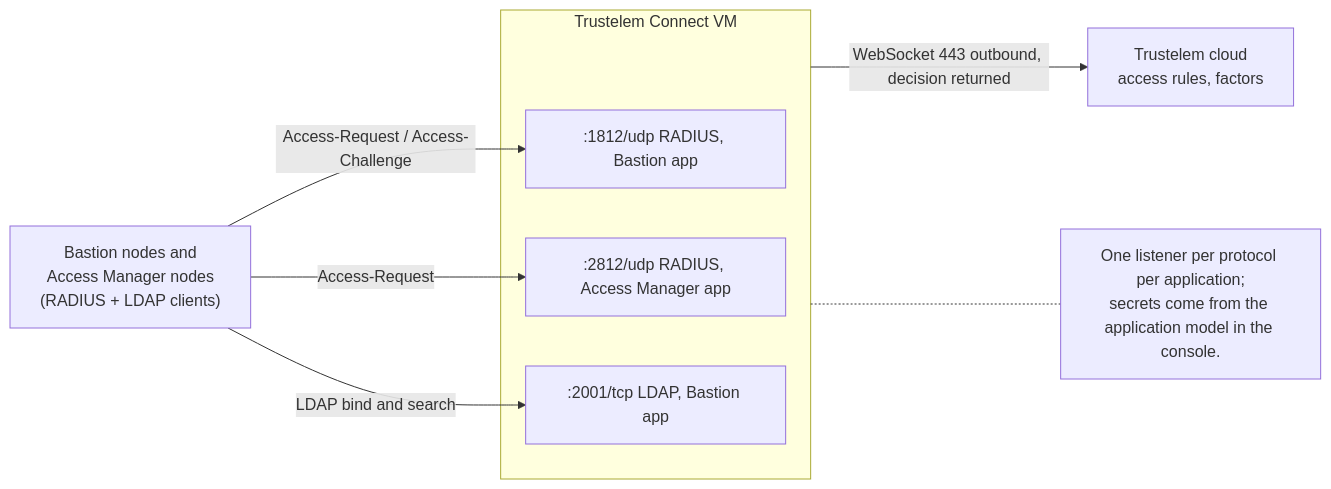
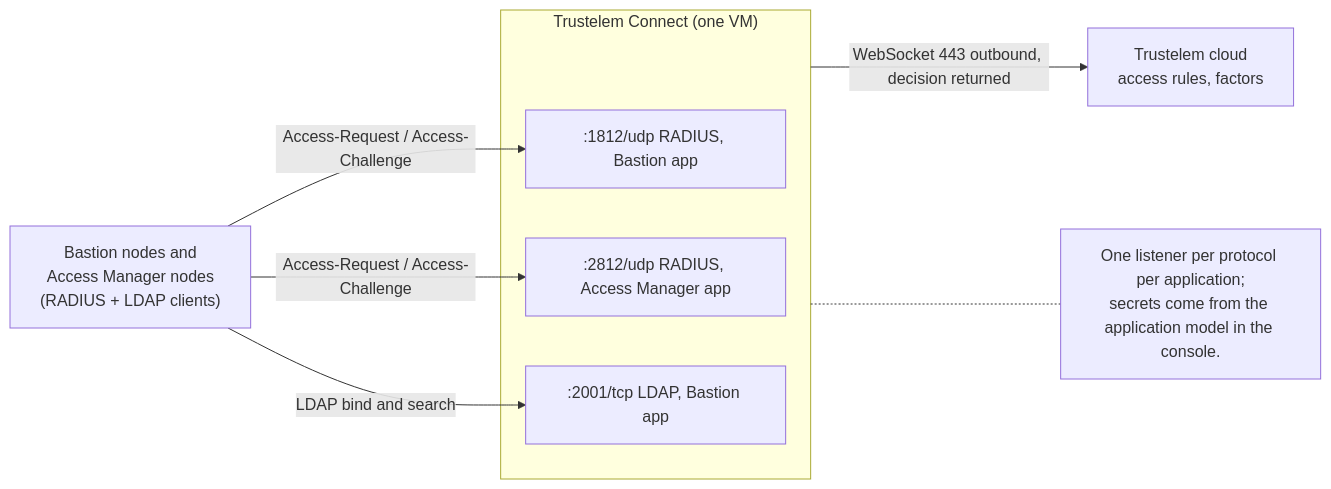
The diagram in docs/trustelem/03-trustelem-connect.md (morandeirachema/Trustelem-), drawn with Mermaid before and after one commit. The commit also changed 19 other files, not shown here.

Commit message:
Audit pass 2: diagrams synced with text, AM RADIUS listener 2812, Authentication domain name rule, gap B7

````diff
--- a/docs/trustelem/03-trustelem-connect.md
+++ b/docs/trustelem/03-trustelem-connect.md
@@ -21,16 +21,16 @@
 ```mermaid
 flowchart LR
     CL["Bastion nodes and<br/>Access Manager nodes<br/>(RADIUS + LDAP clients)"]
-    subgraph TC["Trustelem Connect VM"]
+    subgraph TC["Trustelem Connect (one VM)"]
         L1[":1812/udp RADIUS, Bastion app"]
         L2[":2812/udp RADIUS, Access Manager app"]
         L3[":2001/tcp LDAP, Bastion app"]
     end
     T["Trustelem cloud<br/>access rules, factors"]
     CL -->|Access-Request / Access-Challenge| L1
-    CL -->|Access-Request| L2
+    CL -->|Access-Request / Access-Challenge| L2
     CL -->|LDAP bind and search| L3
     TC -->|WebSocket 443 outbound, decision returned| T
     NOTE["One listener per protocol per application;<br/>secrets come from the application model in the console."]
     TC -.- NOTE
 ```
````
